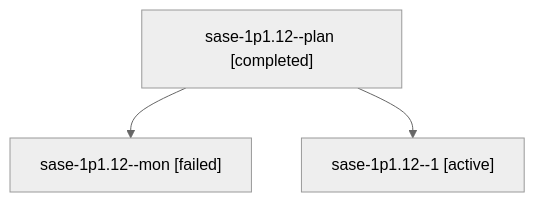
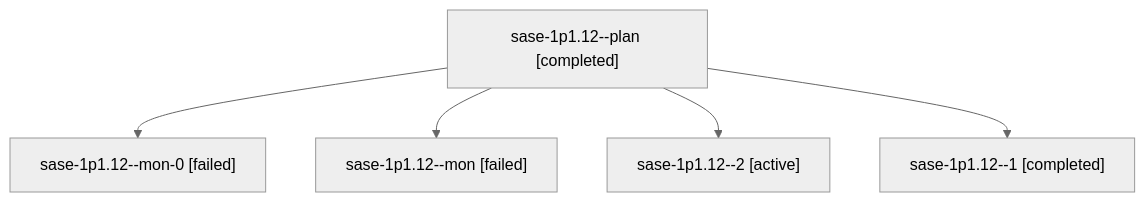
The diagram in sessions/bbugyi200.athena.sase-1p1.12.md (sase-org/sase--agents), drawn with Mermaid (neutral theme) before and after one commit. The commit also changed other lines of this file and 58 other files, not shown here.

````diff
--- a/sessions/bbugyi200.athena.sase-1p1.12.md
+++ b/sessions/bbugyi200.athena.sase-1p1.12.md
@@ -9,8 +9,12 @@
 ```mermaid
 flowchart TD
   n0["sase-1p1.12--plan [completed]"]
-  n1["sase-1p1.12--mon [failed]"]
+  n1["sase-1p1.12--mon-0 [failed]"]
   n0 --> n1
-  n2["sase-1p1.12--1 [active]"]
+  n2["sase-1p1.12--mon [failed]"]
   n0 --> n2
+  n3["sase-1p1.12--2 [active]"]
+  n0 --> n3
+  n4["sase-1p1.12--1 [completed]"]
+  n0 --> n4
 ```
````
